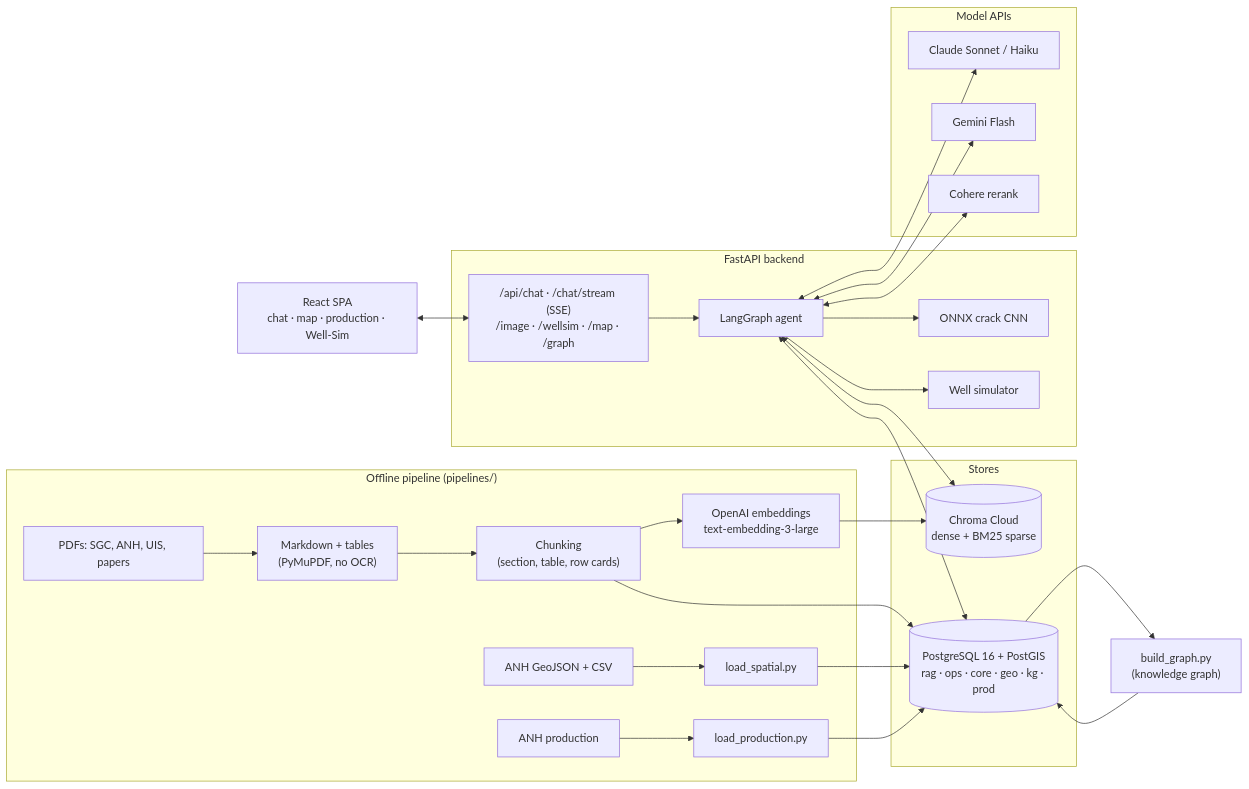
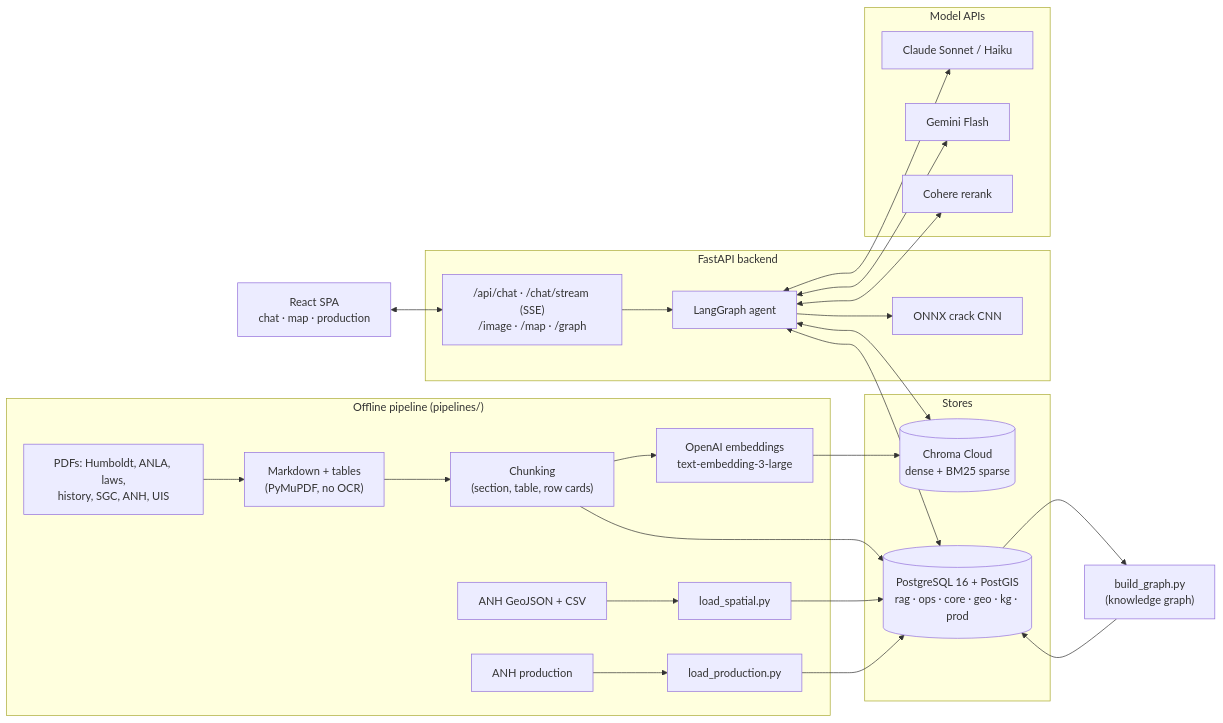
One commit to BeauBryanDev/crocol changed the first of 9 diagrams in README.md. Above: the diagram before and after it, drawn with Mermaid. The commit also changed other lines of this file and 4 other files, not shown here.

````diff
--- a/README.md
+++ b/README.md
@@ -94,44 +100,42 @@
 ```mermaid
 flowchart LR
   subgraph Offline["Offline pipeline (pipelines/)"]
-    PDF["PDFs: SGC, ANH, UIS, papers"] --> MD["Markdown + tables<br/>(PyMuPDF, no OCR)"]
+    PDF["PDFs: Humboldt, ANLA, laws,<br/>history, SGC, ANH, UIS"] --> MD["Markdown + tables<br/>(PyMuPDF, no OCR)"]
     MD --> CH["Chunking<br/>(section, table, row cards)"]
     CH --> EMB["OpenAI embeddings<br/>text-embedding-3-large"]
     GEO["ANH GeoJSON + CSV"] --> SP["load_spatial.py"]
     PROD["ANH production"] --> LP["load_production.py"]
   end
 
   subgraph Stores["Stores"]
     CHROMA[("Chroma Cloud<br/>dense + BM25 sparse")]
     PG[("PostgreSQL 16 + PostGIS<br/>rag · ops · core · geo · kg · prod")]
   end
 
   EMB --> CHROMA
   CH --> PG
   SP --> PG
   LP --> PG
   PG --> KG["build_graph.py<br/>(knowledge graph)"] --> PG
 
   subgraph Backend["FastAPI backend"]
-    API["/api/chat · /chat/stream (SSE)<br/>/image · /wellsim · /map · /graph"]
+    API["/api/chat · /chat/stream (SSE)<br/>/image · /map · /graph"]
     AGENT["LangGraph agent"]
     ONNX["ONNX crack CNN"]
-    SIM["Well simulator"]
   end
 
   subgraph LLMs["Model APIs"]
     CLAUDE["Claude Sonnet / Haiku"]
     GEM["Gemini Flash"]
     COH["Cohere rerank"]
   end
 
-  SPA["React SPA<br/>chat · map · production · Well-Sim"] <--> API
+  SPA["React SPA<br/>chat · map · production"] <--> API
   API --> AGENT
   AGENT <--> CHROMA
   AGENT <--> PG
   AGENT --> ONNX
-  AGENT --> SIM
   AGENT <--> CLAUDE
   AGENT <--> GEM
   AGENT <--> COH
 ```
````
